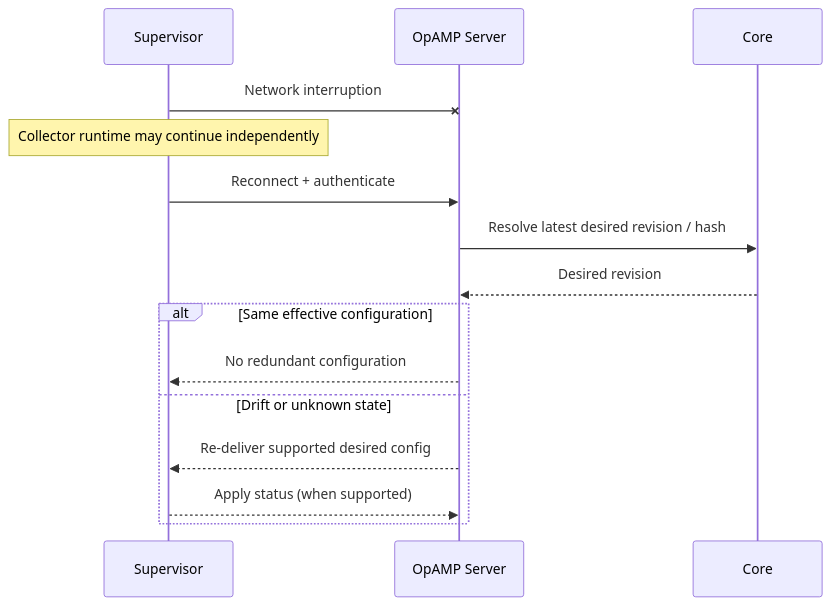
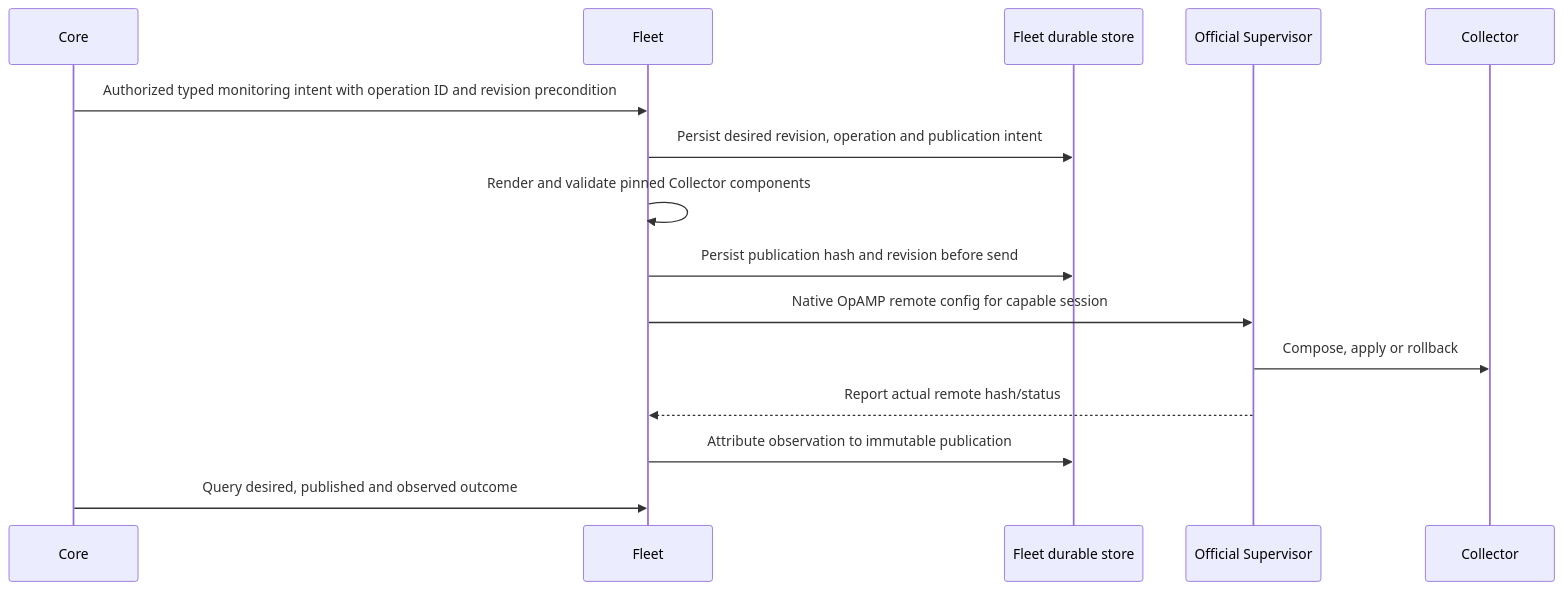
The second of 2 diagrams in docs/local/architecture/flows.md (AR-IMMS/fleet-manager), drawn with Mermaid before and after one commit. The commit also changed other lines of this file and 9 other files, not shown here.

Commit message:
docs: align guidance with fleet management architecture

````diff
--- a/docs/local/architecture/flows.md
+++ b/docs/local/architecture/flows.md
@@ -76,17 +29,17 @@
 ```mermaid
 sequenceDiagram
-  participant Client as Supervisor
-  participant Server as OpAMP Server
-  participant Core as Core
-  Client-xServer: Network interruption
-  Note over Client: Collector runtime may continue independently
-  Client->>Server: Reconnect + authenticate
-  Server->>Core: Resolve latest desired revision / hash
-  Core-->>Server: Desired revision
-  alt Same effective configuration
-    Server-->>Client: No redundant configuration
-  else Drift or unknown state
-    Server-->>Client: Re-deliver supported desired config
-    Client-->>Server: Apply status (when supported)
-  end
+  participant Core
+  participant Fleet
+  participant DB as Fleet durable store
+  participant Sup as Official Supervisor
+  participant Col as Collector
+  Core->>Fleet: Authorized typed monitoring intent with operation ID and revision precondition
+  Fleet->>DB: Persist desired revision, operation and publication intent
+  Fleet->>Fleet: Render and validate pinned Collector components
+  Fleet->>DB: Persist publication hash and revision before send
+  Fleet->>Sup: Native OpAMP remote config for capable session
+  Sup->>Col: Compose, apply or rollback
+  Sup-->>Fleet: Report actual remote hash/status
+  Fleet->>DB: Attribute observation to immutable publication
+  Core->>Fleet: Query desired, published and observed outcome
 ```
````
